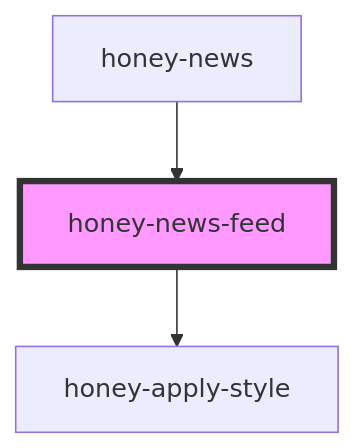
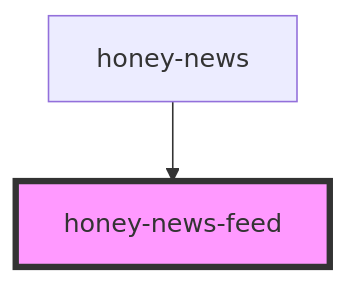
The diagram in src/components/honey-news/news/readme.md (Huluvu424242/honey-news), drawn with Mermaid before and after one commit. The commit also changed other lines of this file and 19 other files, not shown here.

````diff
--- a/src/components/honey-news/news/readme.md
+++ b/src/components/honey-news/news/readme.md
@@ -40,6 +36,5 @@
 ```mermaid
 graph TD;
-  honey-news-feed --> honey-apply-style
   honey-news --> honey-news-feed
   style honey-news-feed fill:#f9f,stroke:#333,stroke-width:4px
 ```
````
